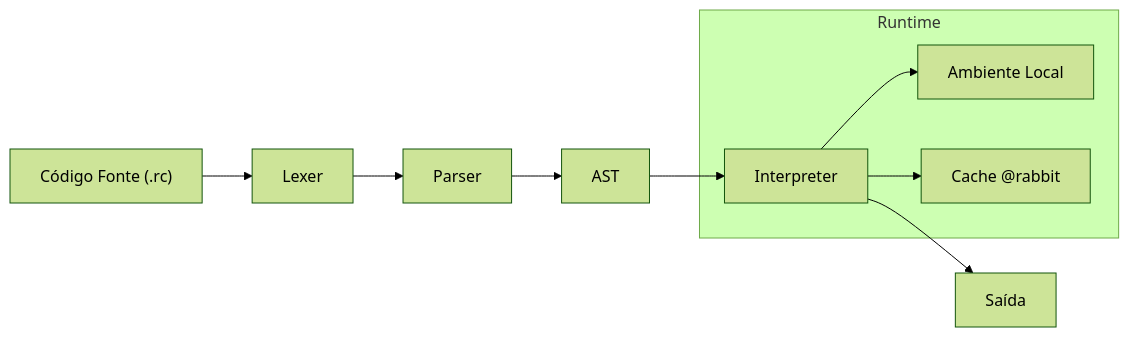
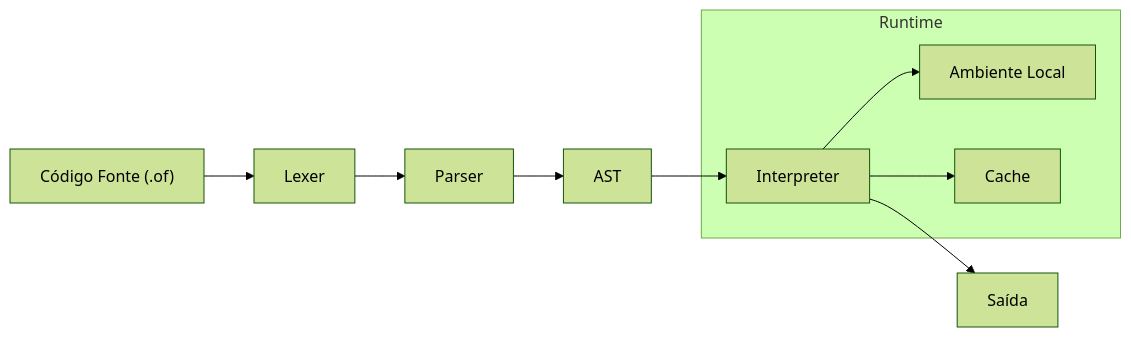
Before and after one commit to EduLoboM/OldFaith: the diagram in ReadMe.md, drawn with Mermaid (forest theme). The commit also changed other lines of this file and 14 other files, not shown here.

````diff
--- a/ReadMe.md
+++ b/ReadMe.md
@@ -32,15 +41,15 @@
 ```mermaid
 graph LR
 
-    Source["Código Fonte (.rc)"]:::file --> Lexer[Lexer]:::process
+    Source["Código Fonte (.of)"]:::file --> Lexer[Lexer]:::process
     Lexer --> Parser[Parser]:::process
     Parser --> AST[AST]:::process
     AST --> Interpreter[Interpreter]:::process
 
     subgraph Runtime
         Interpreter --> Env[Ambiente Local]:::runtime
-        Interpreter --> RabbitCache[Cache @rabbit]:::runtime
+        Interpreter --> Cache[Cache]:::runtime
     end
 
     Interpreter --> Output[Saída]:::file
 ```
````
